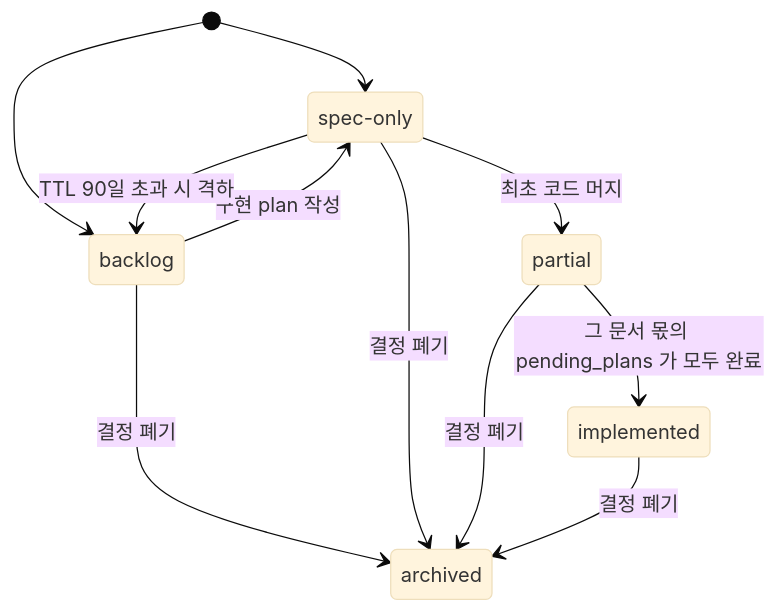
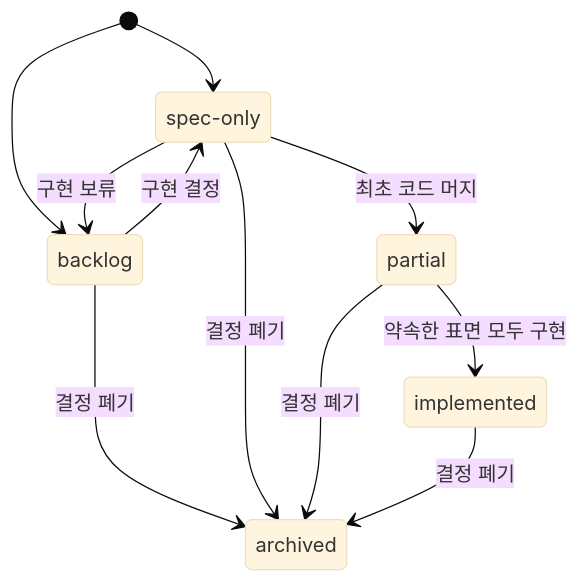
The diagram in spec/CLE-ENG/CLE-ENG-SPECEVIDENCE.md (worker-ants/clemvion), drawn with Mermaid (base theme) before and after one commit. The commit also changed other lines of this file and 102 other files, not shown here.

````diff
--- a/spec/CLE-ENG/CLE-ENG-SPECEVIDENCE.md
+++ b/spec/CLE-ENG/CLE-ENG-SPECEVIDENCE.md
@@ -130,14 +129,14 @@
 ```mermaid
 stateDiagram-v2
   state "spec-only" as specOnly
   [*] --> backlog
   [*] --> specOnly
-  backlog --> specOnly: 구현 plan 작성
-  specOnly --> backlog: TTL 90일 초과 시 격하
+  backlog --> specOnly: 구현 결정
+  specOnly --> backlog: 구현 보류
   specOnly --> partial: 최초 코드 머지
-  partial --> implemented: 그 문서 몫의 pending_plans 가 모두 완료
+  partial --> implemented: 약속한 표면 모두 구현
   backlog --> archived: 결정 폐기
   specOnly --> archived: 결정 폐기
   partial --> archived: 결정 폐기
   implemented --> archived: 결정 폐기
 ```
````
